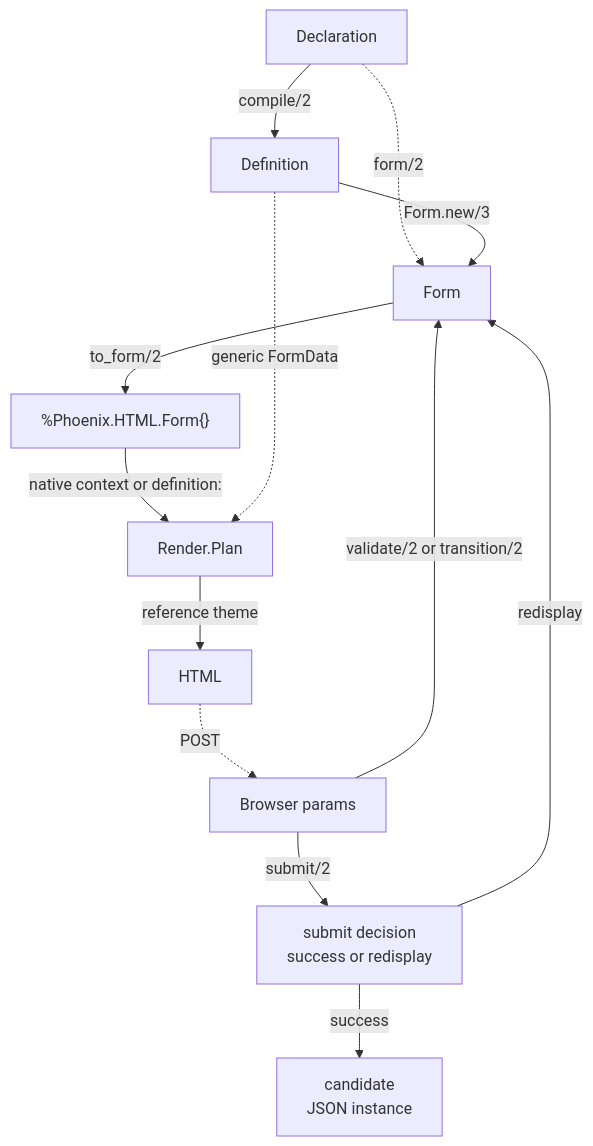
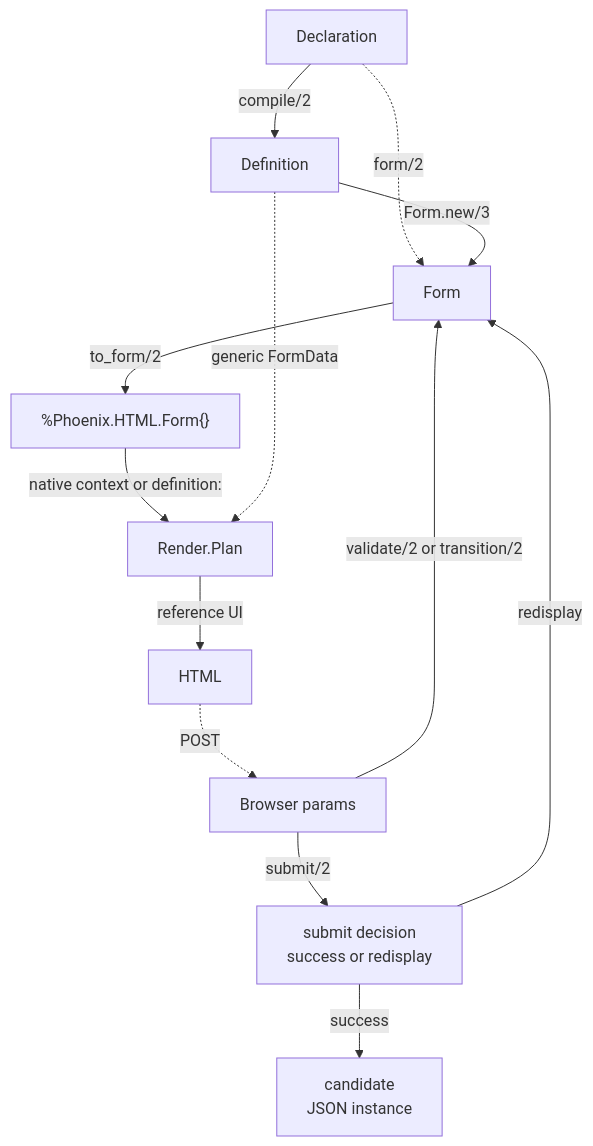
Before and after one commit to kioopi/formentation: the diagram in docs/Formentation/Techdocs/end-to-end-data-flow.md, drawn with Mermaid. The commit also changed other lines of this file and 25 other files, not shown here.

````diff
--- a/docs/Formentation/Techdocs/end-to-end-data-flow.md
+++ b/docs/Formentation/Techdocs/end-to-end-data-flow.md
@@ -29,27 +29,27 @@
 ```mermaid
 flowchart TD
     Decl["Declaration"]
     Def["Definition"]
     State["Form"]
     PForm["%Phoenix.HTML.Form{}"]
     Plan["Render.Plan"]
     HTML["HTML"]
     Params["Browser params"]
     Decision["submit decision<br/>success or redisplay"]
     Cand["candidate<br/>JSON instance"]
 
     Decl -->|"compile/2"| Def
     Decl -.->|"form/2"| State
     Def -->|"Form.new/3"| State
     State -->|"to_form/2"| PForm
     PForm -->|"native context or definition:"| Plan
     Def -.->|"generic FormData"| Plan
-    Plan -->|"reference theme"| HTML
+    Plan -->|"reference UI"| HTML
     HTML -.->|"POST"| Params
     Params -->|"validate/2 or transition/2"| State
     Params -->|"submit/2"| Decision
     Decision -->|"success"| Cand
     Decision -->|"redisplay"| State
 
     class Def,State,Plan internal-link
 ```
````
